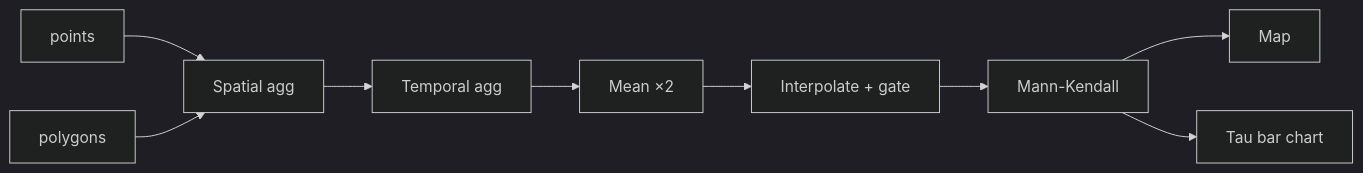
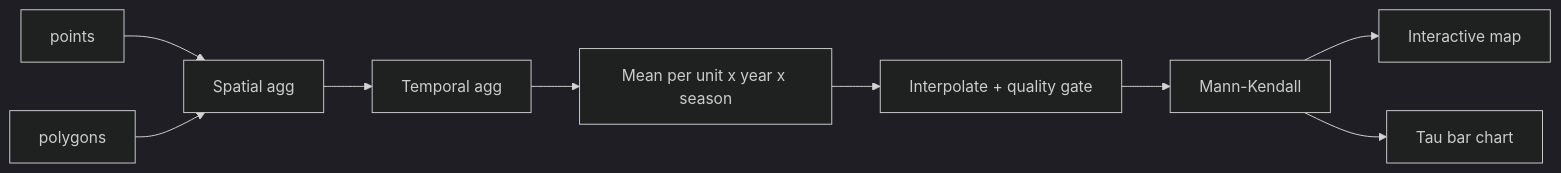
The diagram in docs/trainings/gulf-of-riga/08_workflow_details.md (Mehrad1994/AquaINFRA_Training_Handbooks), drawn with Mermaid (dark theme) before and after one commit. The commit also changed other lines of this file and 37 other files, not shown here.

````diff
--- a/docs/trainings/gulf-of-riga/08_workflow_details.md
+++ b/docs/trainings/gulf-of-riga/08_workflow_details.md
@@ -35,11 +18,11 @@
 ```mermaid
 flowchart LR
     A[points] --> B[Spatial agg]
     A2[polygons] --> B
     B --> C[Temporal agg]
-    C --> D[Mean ×2]
-    D --> E[Interpolate + gate]
+    C --> D[Mean per unit x year x season]
+    D --> E[Interpolate + quality gate]
     E --> F[Mann-Kendall]
-    F --> G1[Map]
+    F --> G1[Interactive map]
     F --> G2[Tau bar chart]
 ```
````
